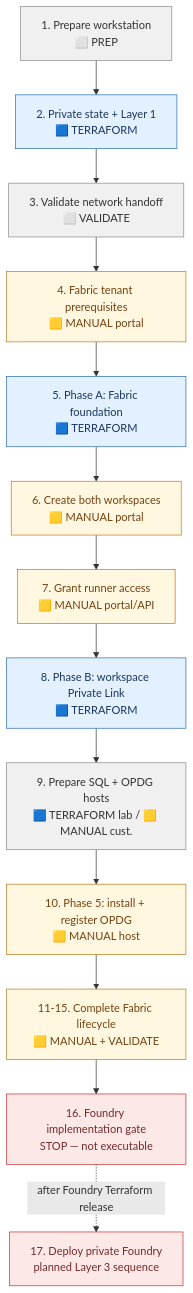
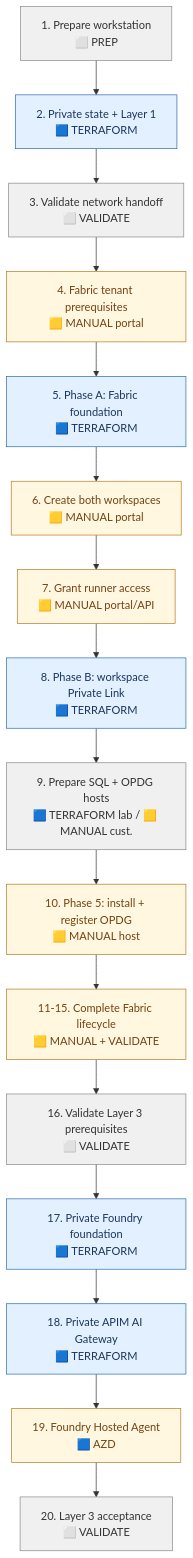
Before and after one commit to roie9876/Fabric-LZ: the diagram in DEPLOYMENT-GUIDE.md, drawn with Mermaid. The commit also changed other lines of this file and 77 other files, not shown here.

Commit message:
feat(foundry): deploy private Layer 3 and AI gateway

````diff
--- a/DEPLOYMENT-GUIDE.md
+++ b/DEPLOYMENT-GUIDE.md
@@ -184,24 +190,29 @@
 ```mermaid
 flowchart TD
     S1["1. Prepare workstation<br/>⬜ PREP"] --> S2["2. Private state + Layer 1<br/>🟦 TERRAFORM"]
     S2 --> S3["3. Validate network handoff<br/>⬜ VALIDATE"]
     S3 --> S4["4. Fabric tenant prerequisites<br/>🟨 MANUAL portal"]
     S4 --> S5["5. Phase A: Fabric foundation<br/>🟦 TERRAFORM"]
     S5 --> S6["6. Create both workspaces<br/>🟨 MANUAL portal"]
     S6 --> S7["7. Grant runner access<br/>🟨 MANUAL portal/API"]
     S7 --> S8["8. Phase B: workspace Private Link<br/>🟦 TERRAFORM"]
     S8 --> S9["9. Prepare SQL + OPDG hosts<br/>🟦 TERRAFORM lab / 🟨 MANUAL cust."]
     S9 --> S10["10. Phase 5: install + register OPDG<br/>🟨 MANUAL host"]
     S10 --> S11["11-15. Complete Fabric lifecycle<br/>🟨 MANUAL + VALIDATE"]
-    S11 --> S16["16. Foundry implementation gate<br/>STOP — not executable"]
-    S16 -. "after Foundry Terraform release" .-> S17["17. Deploy private Foundry<br/>planned Layer 3 sequence"]
+    S11 --> S16["16. Validate Layer 3 prerequisites<br/>⬜ VALIDATE"]
+    S16 --> S17["17. Private Foundry foundation<br/>🟦 TERRAFORM"]
+    S17 --> S18["18. Private APIM AI Gateway<br/>🟦 TERRAFORM"]
+    S18 --> S19["19. Foundry Hosted Agent<br/>🟦 AZD"]
+    S19 --> S20["20. Layer 3 acceptance<br/>⬜ VALIDATE"]
 
     classDef tf fill:#e3f0ff,stroke:#2b6cb0,color:#1a365d;
     classDef manual fill:#fff7e0,stroke:#b7791f,color:#744210;
     classDef prep fill:#f0f0f0,stroke:#888,color:#333;
     classDef blocked fill:#fde8e8,stroke:#c53030,color:#742a2a;
     class S2,S5,S8 tf;
     class S4,S6,S7,S10,S11 manual;
     class S1,S3,S9 prep;
-    class S16,S17 blocked;
+    class S17,S18 tf;
+    class S16,S20 prep;
+    class S19 manual;
 ```
````
